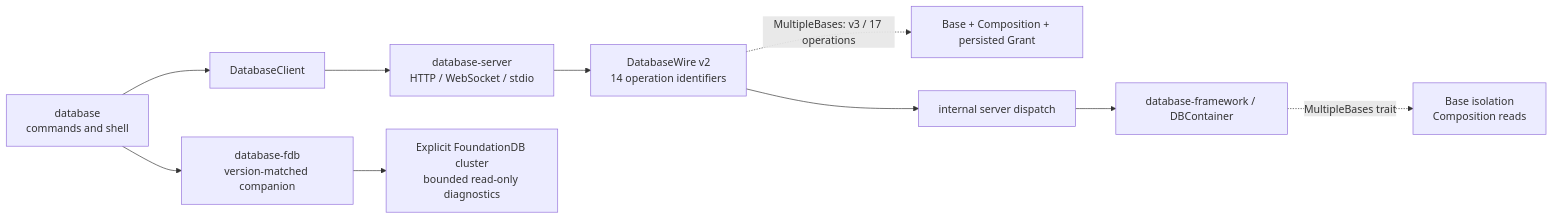
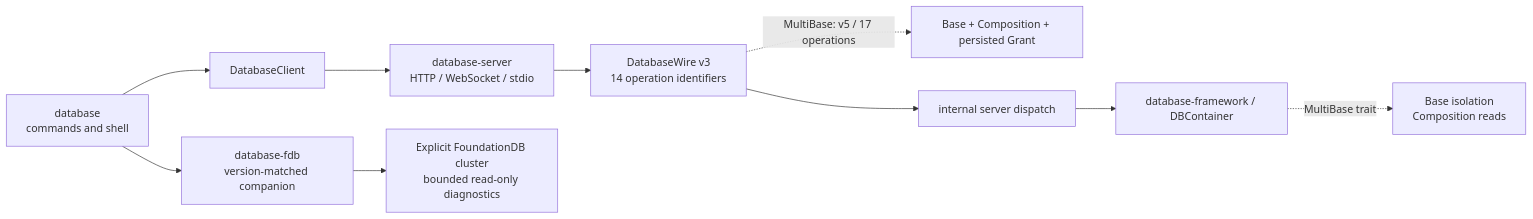
Before and after one commit to 1amageek/database-cli: the diagram in README.md, drawn with Mermaid. The commit also changed other lines of this file and 29 other files, not shown here.

Commit message:
Adopt MultiBase wire and index contracts

````diff
--- a/README.md
+++ b/README.md
@@ -10,13 +10,13 @@
 ```mermaid
 flowchart LR
     CLI["database<br/>commands and shell"] --> Client["DatabaseClient"]
     Client --> Host["database-server<br/>HTTP / WebSocket / stdio"]
-    Host --> Wire["DatabaseWire v2<br/>14 operation identifiers"]
-    Wire -. "MultipleBases: v3 / 17 operations" .-> Optional["Base + Composition + persisted Grant"]
+    Host --> Wire["DatabaseWire v3<br/>14 operation identifiers"]
+    Wire -. "MultiBase: v5 / 17 operations" .-> Optional["Base + Composition + persisted Grant"]
     Wire --> Runtime["internal server dispatch"]
     Runtime --> Container["database-framework / DBContainer"]
-    Container -. "MultipleBases trait" .-> Bases["Base isolation<br/>Composition reads"]
+    Container -. "MultiBase trait" .-> Bases["Base isolation<br/>Composition reads"]
 
     CLI --> Helper["database-fdb<br/>version-matched companion"]
     Helper --> FDB["Explicit FoundationDB cluster<br/>bounded read-only diagnostics"]
 ```
````
